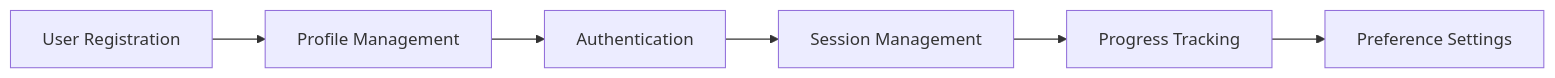
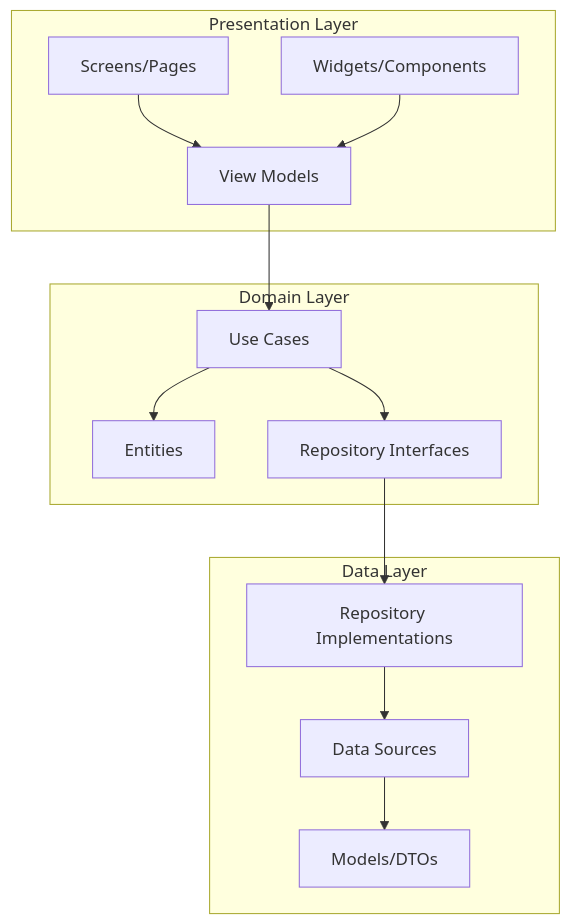
One commit to sora-kisaragi/TechLingualQuest changed the third of 15 diagrams in design/HLD.md. Above: the diagram before and after it, drawn with Mermaid. The commit also changed other lines of this file and 3 other files, not shown here.

````diff
--- a/design/HLD.md
+++ b/design/HLD.md
@@ -119,8 +204,29 @@
 ```mermaid
-graph LR
-    A[User Registration] --> B[Profile Management]
-    B --> C[Authentication]
-    C --> D[Session Management]
-    D --> E[Progress Tracking]
-    E --> F[Preference Settings]
+graph TD
+    subgraph "Presentation Layer"
+        A[Screens/Pages]
+        B[Widgets/Components]
+        C[View Models]
+    end
+    
+    subgraph "Domain Layer"
+        D[Use Cases]
+        E[Entities]
+        F[Repository Interfaces]
+    end
+    
+    subgraph "Data Layer"
+        G[Repository Implementations]
+        H[Data Sources]
+        I[Models/DTOs]
+    end
+    
+    A --> C
+    B --> C
+    C --> D
+    D --> E
+    D --> F
+    F --> G
+    G --> H
+    H --> I
 ```
````
